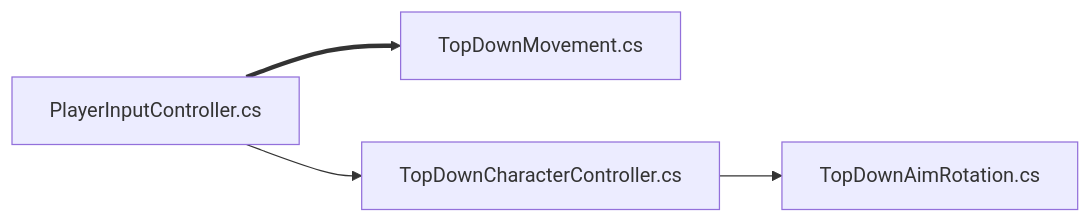
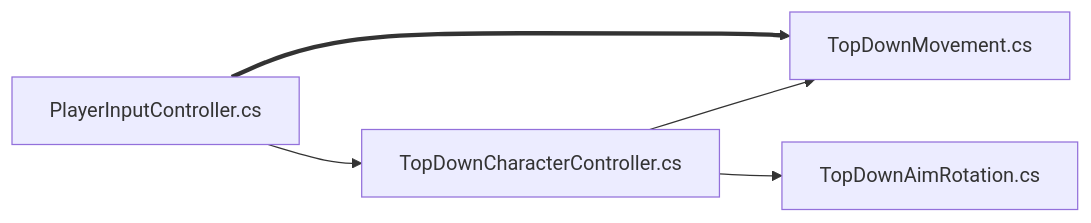
The diagram in README.md (s8st/20240314TopDown), drawn with Mermaid before and after one commit.

````diff
--- a/README.md
+++ b/README.md
@@ -8,8 +8,8 @@
 ```mermaid
 %% TD : topdown, LR : left right%%
 graph LR;  
     PlayerInputController.cs==>TopDownMovement.cs;
     PlayerInputController.cs-->TopDownCharacterController.cs;
 TopDownCharacterController.cs-->TopDownAimRotation.cs 
-    
+    TopDownCharacterController.cs-->TopDownMovement.cs;
 ```
````
